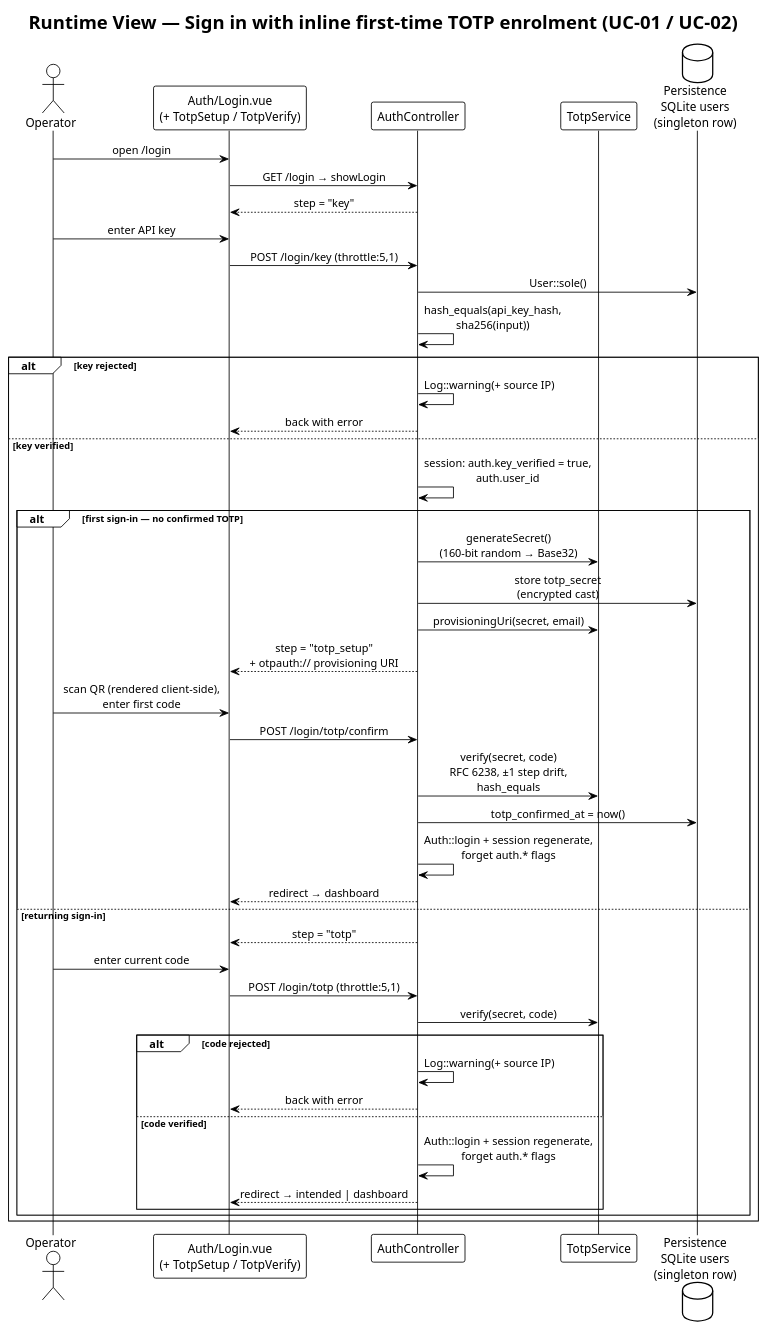
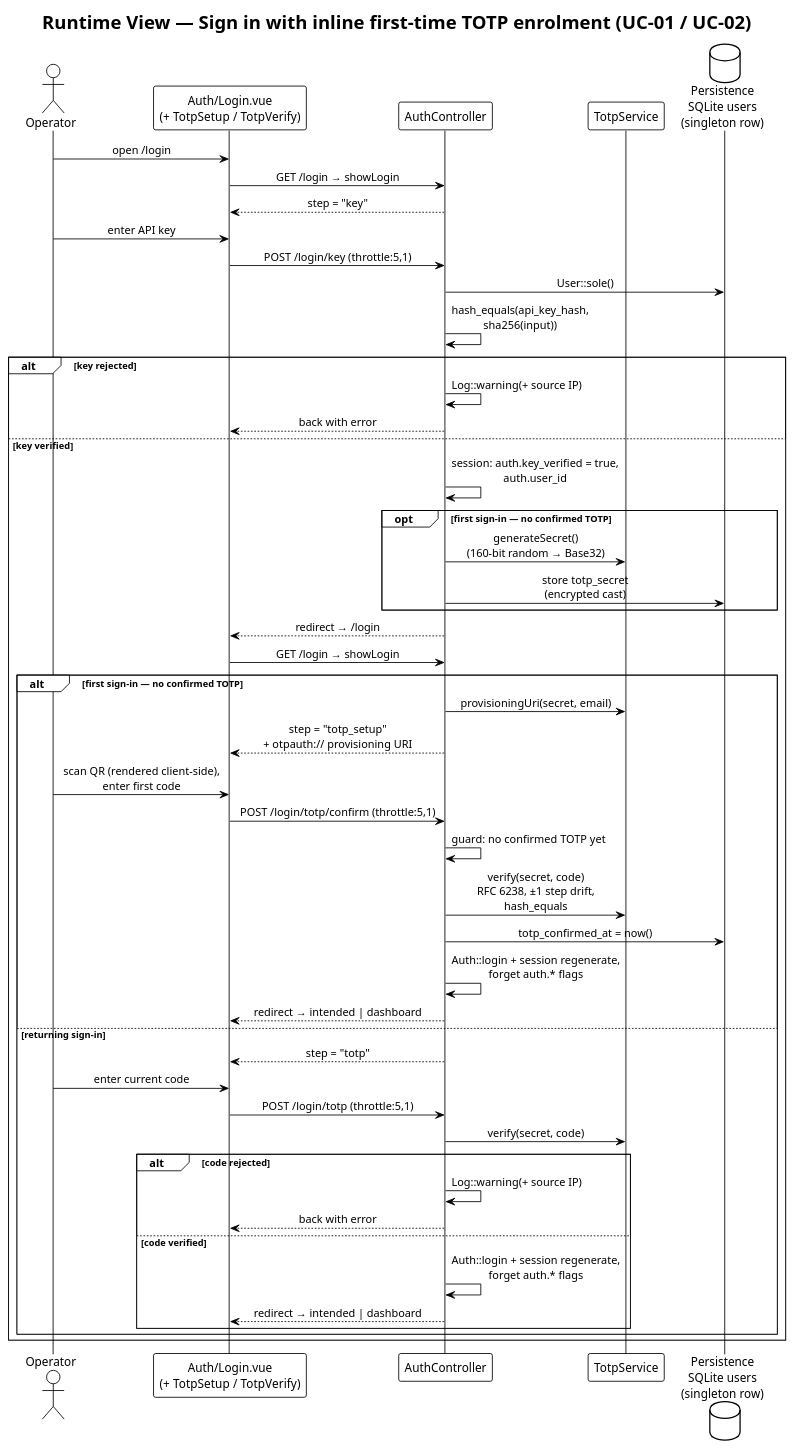
One commit to carstenlucke/herold changed the diagram in docs/arch/diagrams/a06-sign-in.plantuml. Above: the diagram before and after it, drawn with PlantUML. The commit also changed 8 other files, not shown here.

First line of the commit message:
fix(auth): guard TOTP enrolment against re-enrolment bypass

```diff
--- a/docs/arch/diagrams/a06-sign-in.plantuml
+++ b/docs/arch/diagrams/a06-sign-in.plantuml
@@ -1,53 +1,58 @@
 @startuml a06-sign-in
 !theme plain
 skinparam sequenceMessageAlign center
 
 title Runtime View — Sign in with inline first-time TOTP enrolment (UC-01 / UC-02)
 
 actor Operator as op
 participant "Auth/Login.vue\n(+ TotpSetup / TotpVerify)" as ui
 participant "AuthController" as auth
 participant "TotpService" as totp
 database "Persistence\nSQLite users\n(singleton row)" as db
 
 op -> ui : open /login
 ui -> auth : GET /login → showLogin
 auth --> ui : step = "key"
 
 op -> ui : enter API key
 ui -> auth : POST /login/key (throttle:5,1)
 auth -> db : User::sole()
 auth -> auth : hash_equals(api_key_hash,\nsha256(input))
 
 alt key rejected
   auth -> auth : Log::warning(+ source IP)
   auth --> ui : back with error
 else key verified
   auth -> auth : session: auth.key_verified = true,\nauth.user_id
-  alt first sign-in — no confirmed TOTP
+  opt first sign-in — no confirmed TOTP
     auth -> totp : generateSecret()\n(160-bit random → Base32)
     auth -> db : store totp_secret\n(encrypted cast)
+  end
+  auth --> ui : redirect → /login
+  ui -> auth : GET /login → showLogin
+  alt first sign-in — no confirmed TOTP
     auth -> totp : provisioningUri(secret, email)
     auth --> ui : step = "totp_setup"\n+ otpauth:// provisioning URI
     op -> ui : scan QR (rendered client-side),\nenter first code
-    ui -> auth : POST /login/totp/confirm
+    ui -> auth : POST /login/totp/confirm (throttle:5,1)
+    auth -> auth : guard: no confirmed TOTP yet
     auth -> totp : verify(secret, code)\nRFC 6238, ±1 step drift,\nhash_equals
     auth -> db : totp_confirmed_at = now()
     auth -> auth : Auth::login + session regenerate,\nforget auth.* flags
-    auth --> ui : redirect → dashboard
+    auth --> ui : redirect → intended | dashboard
   else returning sign-in
     auth --> ui : step = "totp"
     op -> ui : enter current code
     ui -> auth : POST /login/totp (throttle:5,1)
     auth -> totp : verify(secret, code)
     alt code rejected
       auth -> auth : Log::warning(+ source IP)
       auth --> ui : back with error
     else code verified
       auth -> auth : Auth::login + session regenerate,\nforget auth.* flags
       auth --> ui : redirect → intended | dashboard
     end
   end
 end
 
 @enduml
```
